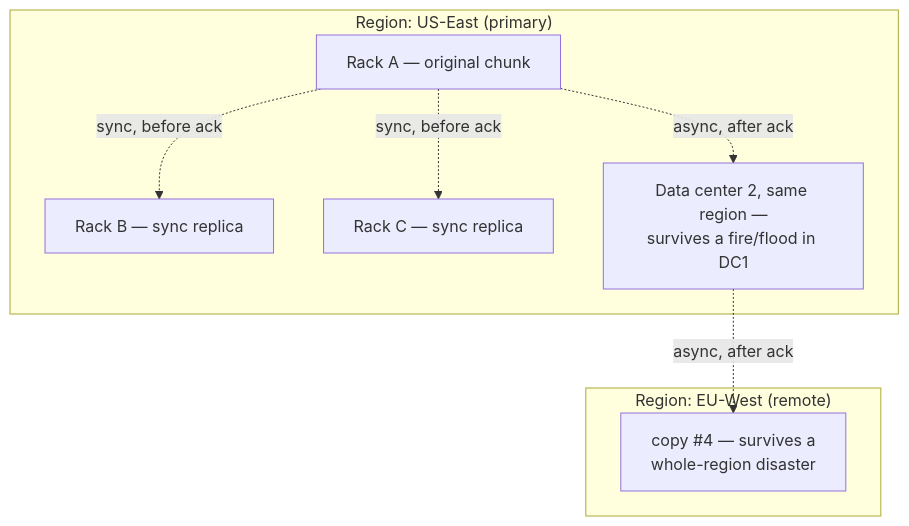
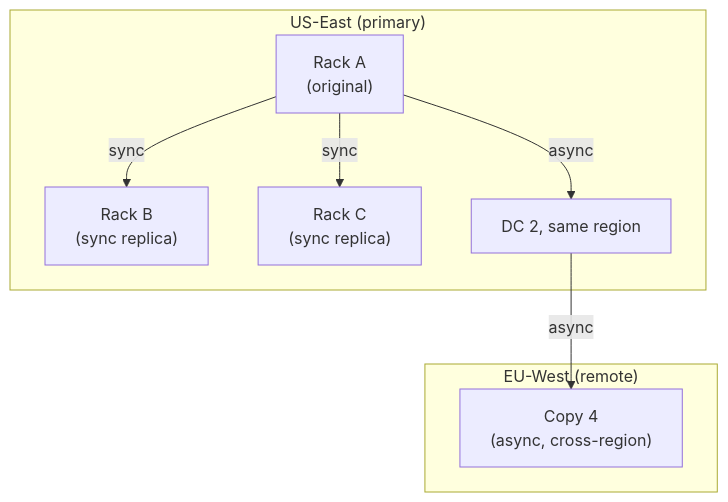
The fourth of 16 diagrams in system-design/HLD/0-course/20-Blob-Store-FAANG-Guide-story.md (riyaz-pasha/Learnings), drawn with Mermaid before and after one commit. The commit also changed other lines of this file and 1 other file, not shown here.

First line of the commit message:
improve readability and fix mermaid diagrams for Blob Store guides

````diff
--- a/system-design/HLD/0-course/20-Blob-Store-FAANG-Guide-story.md
+++ b/system-design/HLD/0-course/20-Blob-Store-FAANG-Guide-story.md
@@ -104,12 +214,13 @@
 ```mermaid
 flowchart TB
-    subgraph RegionA["Region: US-East (primary)"]
-        Rack1["Rack A — original chunk"] -.sync, before ack.-> Rack2["Rack B — sync replica"]
-        Rack1 -.sync, before ack.-> Rack3["Rack C — sync replica"]
-        Rack1 -.async, after ack.-> DC2["Data center 2, same region —\nsurvives a fire/flood in DC1"]
+    subgraph RegionA["US-East (primary)"]
+        R1["Rack A\n(original)"]
+        R1 -- sync --> R2["Rack B\n(sync replica)"]
+        R1 -- sync --> R3["Rack C\n(sync replica)"]
+        R1 -- async --> DC2["DC 2, same region"]
     end
-    subgraph RegionB["Region: EU-West (remote)"]
-        DC3["copy #4 — survives a\nwhole-region disaster"]
+    subgraph RegionB["EU-West (remote)"]
+        DC3["Copy 4\n(async, cross-region)"]
     end
-    DC2 -.async, after ack.-> DC3
+    DC2 -- async --> DC3
 ```
````
